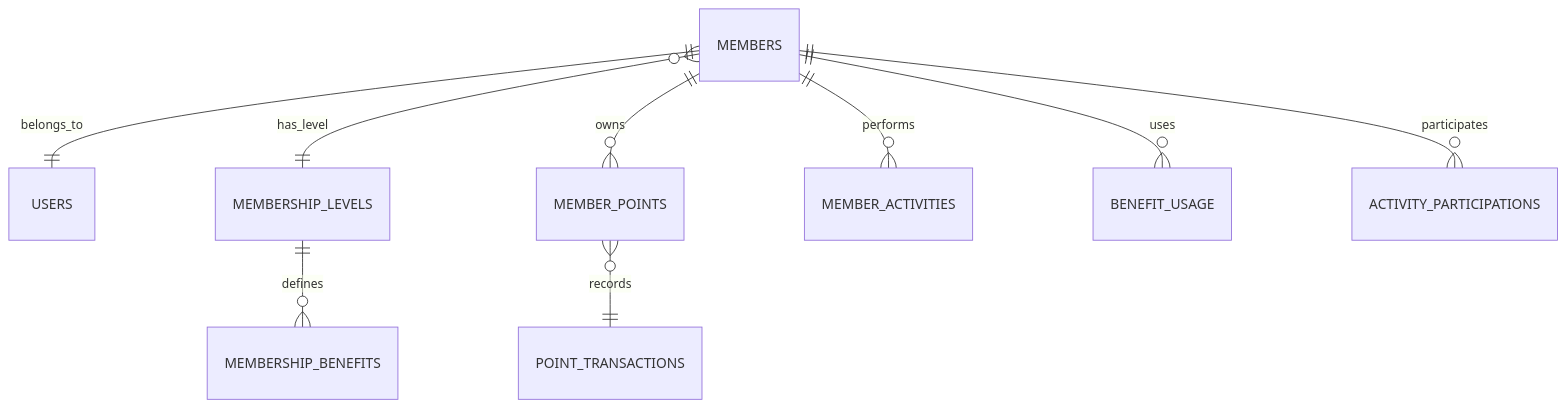
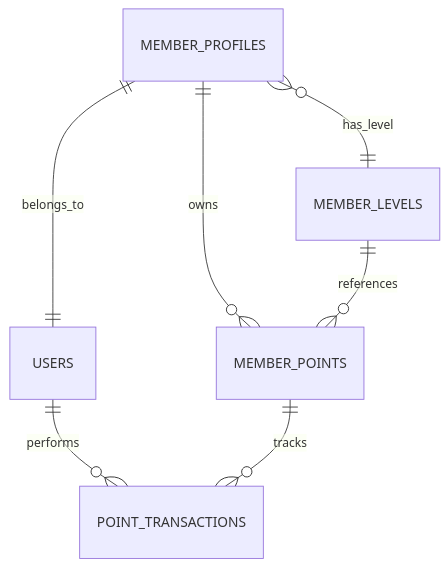
One commit to HaoranTong/ecommerce_platform changed the diagram in docs/modules/member-system/database-design.md. Above: the diagram before and after it, drawn with Mermaid. The commit also changed other lines of this file and 10 other files, not shown here.

````diff
--- a/docs/modules/member-system/database-design.md
+++ b/docs/modules/member-system/database-design.md
@@ -25,11 +22,9 @@
 ```mermaid
 erDiagram
-    MEMBERS ||--|| USERS : belongs_to
-    MEMBERS }o--|| MEMBERSHIP_LEVELS : has_level
-    MEMBERS ||--o{ MEMBER_POINTS : owns
-    MEMBERS ||--o{ MEMBER_ACTIVITIES : performs
-    MEMBERSHIP_LEVELS ||--o{ MEMBERSHIP_BENEFITS : defines
-    MEMBER_POINTS }o--|| POINT_TRANSACTIONS : records
-    MEMBERS ||--o{ BENEFIT_USAGE : uses
-    MEMBERS ||--o{ ACTIVITY_PARTICIPATIONS : participates
+    MEMBER_PROFILES ||--|| USERS : belongs_to
+    MEMBER_PROFILES }o--|| MEMBER_LEVELS : has_level
+    MEMBER_PROFILES ||--o{ MEMBER_POINTS : owns
+    USERS ||--o{ POINT_TRANSACTIONS : performs
+    MEMBER_LEVELS ||--o{ MEMBER_POINTS : references
+    MEMBER_POINTS ||--o{ POINT_TRANSACTIONS : tracks
 ```
````
